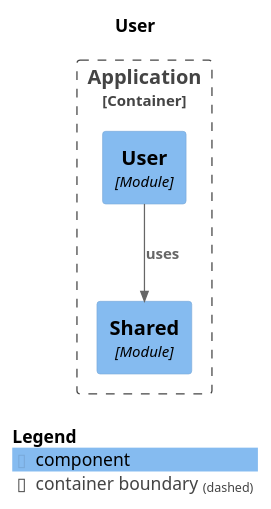
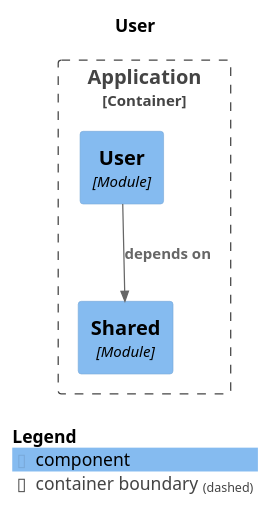
Before and after one commit to kanghouchao/Kizuna: the diagram in backend/docs/modulith/module-user.puml, drawn with PlantUML. The commit also changed 8 other files, not shown here.

```diff
--- a/backend/docs/modulith/module-user.puml
+++ b/backend/docs/modulith/module-user.puml
@@ -1,19 +1,19 @@
 @startuml
 set separator none
 title User
 
 top to bottom direction
 
 !include <C4/C4>
 !include <C4/C4_Context>
 !include <C4/C4_Component>
 
 Container_Boundary("Application.Application_boundary", "Application", $tags="") {
   Component(Application.Application.Shared, "Shared", $techn="Module", $descr="", $tags="", $link="")
   Component(Application.Application.User, "User", $techn="Module", $descr="", $tags="", $link="")
 }
 
-Rel(Application.Application.User, Application.Application.Shared, "uses", $techn="", $tags="", $link="")
+Rel(Application.Application.User, Application.Application.Shared, "depends on", $techn="", $tags="", $link="")
 
 SHOW_LEGEND(true)
 @enduml
```
